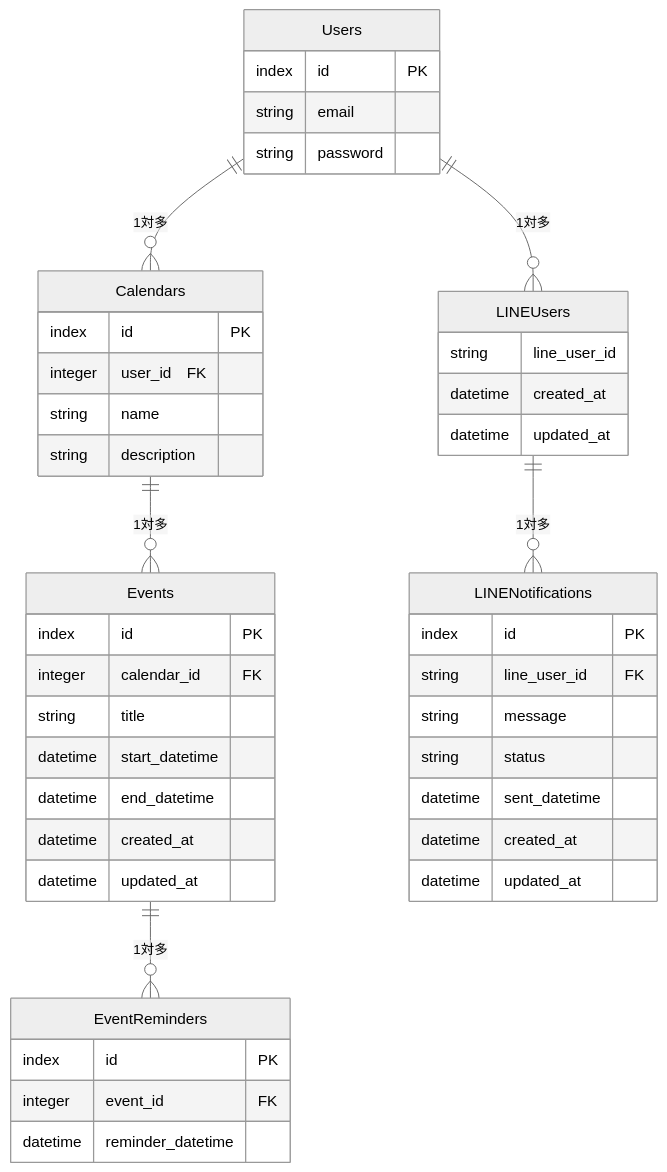
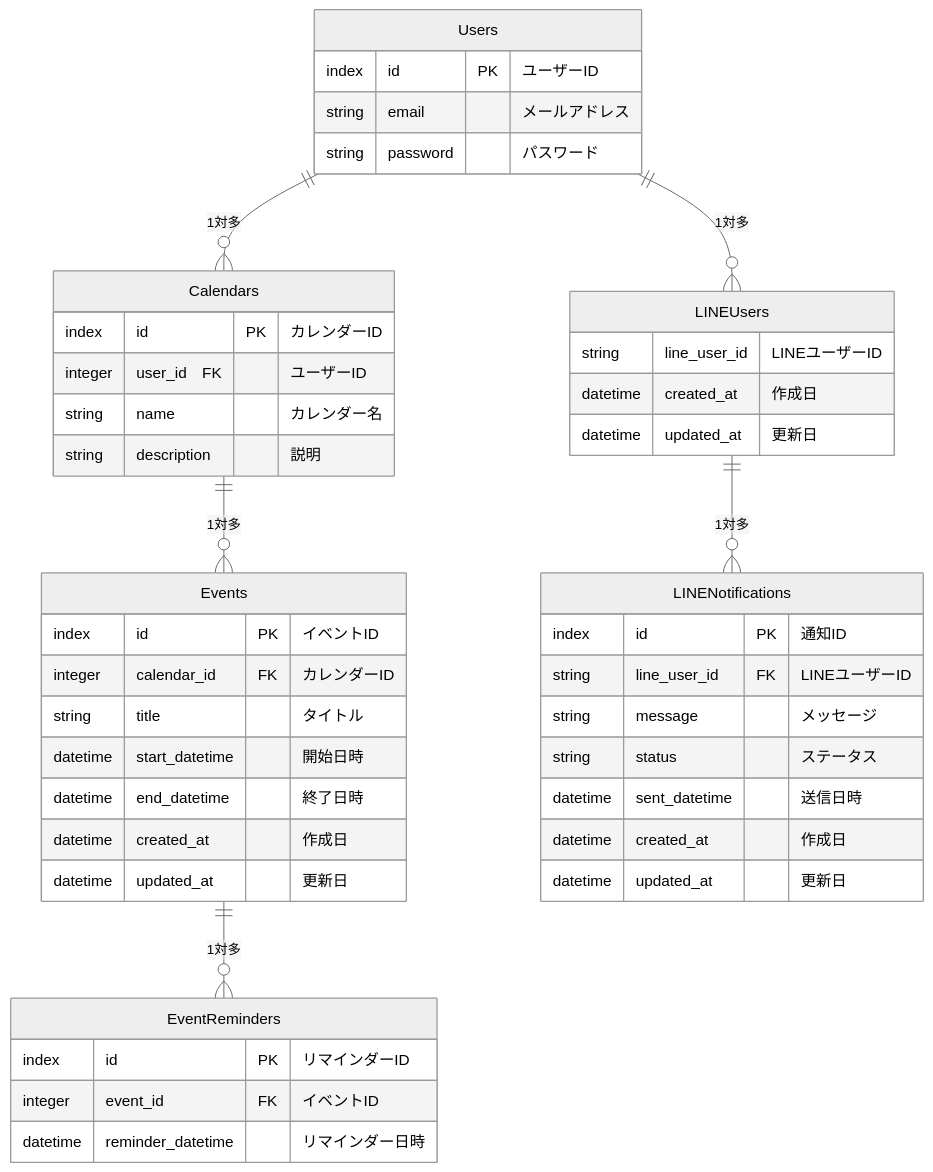
Before and after one commit to miyaki2003/README: the diagram in mermaid.md, drawn with Mermaid (neutral theme). The commit also changed 1 other file, not shown here.

Commit message:
ER図の作成

````diff
--- a/mermaid.md
+++ b/mermaid.md
@@ -1,53 +1,53 @@
 ```mermaid
 erDiagram
   Users ||--o{ Calendars : "1対多"
    Users ||--o{ LINEUsers : "1対多"
   Calendars ||--o{ Events : "1対多"
   Events ||--o{ EventReminders : "1対多"
   LINEUsers ||--o{ LINENotifications : "1対多"
 
     Users {
-      index id PK
-      string email
-      string password
+      index id PK "ユーザーID"
+      string email "メールアドレス"
+      string password "パスワード"
     }
 
     Calendars {
-      index id PK
-      integer user_id　FK
-      string name
-      string description
+      index id PK "カレンダーID"
+      integer user_id　FK "ユーザーID"
+      string name "カレンダー名"
+      string description "説明"
     }
 
     Events {
-      index id PK
-      integer calendar_id FK
-      string title
-      datetime start_datetime
-      datetime end_datetime
-      datetime created_at
-      datetime updated_at
+      index id PK "イベントID"
+      integer calendar_id FK "カレンダーID"
+      string title "タイトル"
+      datetime start_datetime "開始日時"
+      datetime end_datetime "終了日時"
+      datetime created_at "作成日"
+      datetime updated_at "更新日"
   }
 
     EventReminders {
-      index id PK
-      integer event_id FK
-      datetime reminder_datetime
+      index id PK "リマインダーID"
+      integer event_id FK "イベントID"
+      datetime reminder_datetime "リマインダー日時"
     }
 
     LINEUsers{
-      string line_user_id
-      datetime created_at
-      datetime updated_at
+      string line_user_id "LINEユーザーID"
+      datetime created_at "作成日"
+      datetime updated_at "更新日"
     }
 
     LINENotifications {
-      index id PK
-      string line_user_id FK
-      string message
-      string status
-      datetime sent_datetime
-      datetime created_at
-      datetime updated_at
+      index id PK "通知ID"
+      string line_user_id FK "LINEユーザーID"
+      string message "メッセージ"
+      string status "ステータス"
+      datetime sent_datetime "送信日時"
+      datetime created_at "作成日"
+      datetime updated_at "更新日"
     }
 ```
````
